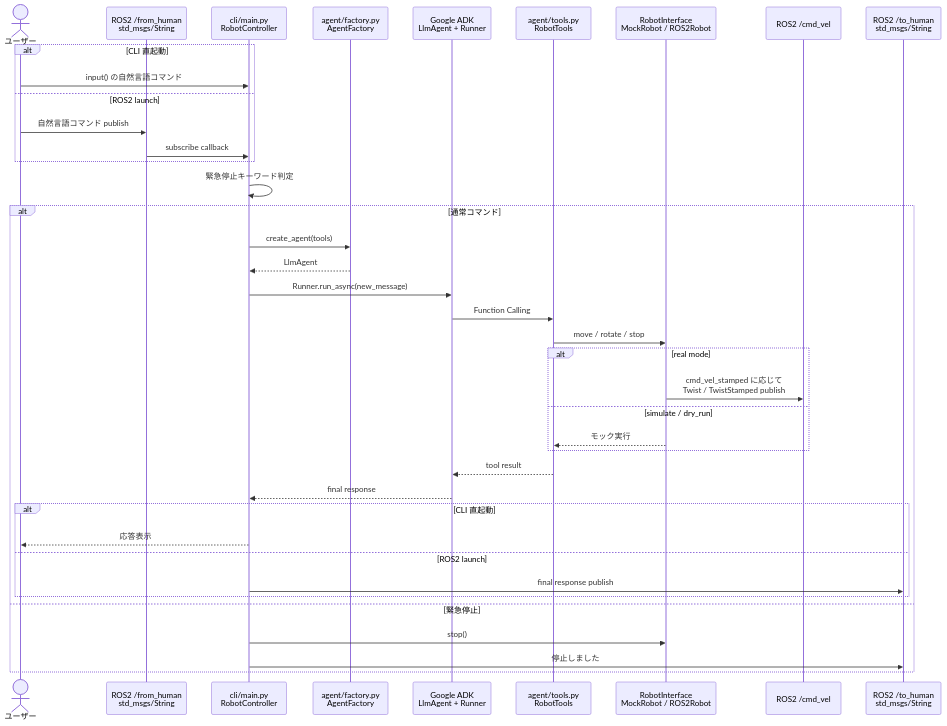
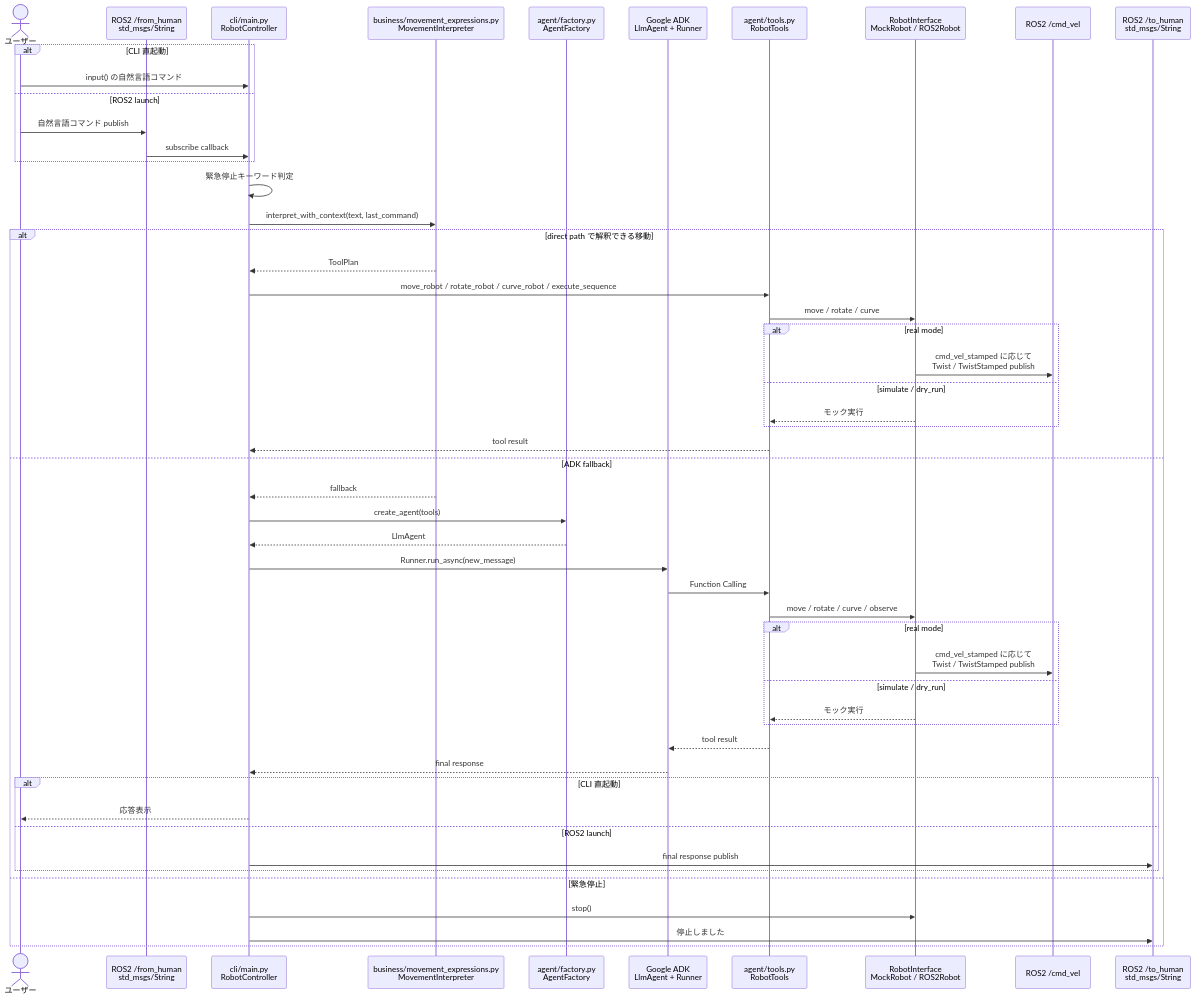
Before and after one commit to sato-susumu/susumu_agent: the first of 6 diagrams in docs/ADK.md, drawn with Mermaid. The commit also changed other lines of this file and 13 other files, not shown here.

Commit message:
Add direct movement expression interpreter

````diff
--- a/docs/ADK.md
+++ b/docs/ADK.md
@@ -23,42 +27,55 @@
 ```mermaid
 sequenceDiagram
     actor User as ユーザー
     participant TopicIn as ROS2 /from_human<br/>std_msgs/String
     participant CLI as cli/main.py<br/>RobotController
+    participant Interpreter as business/movement_expressions.py<br/>MovementInterpreter
     participant Factory as agent/factory.py<br/>AgentFactory
     participant ADK as Google ADK<br/>LlmAgent + Runner
     participant Tools as agent/tools.py<br/>RobotTools
     participant Robot as RobotInterface<br/>MockRobot / ROS2Robot
     participant ROS as ROS2 /cmd_vel
     participant TopicOut as ROS2 /to_human<br/>std_msgs/String
 
     alt CLI 直起動
         User->>CLI: input() の自然言語コマンド
     else ROS2 launch
         User->>TopicIn: 自然言語コマンド publish
         TopicIn->>CLI: subscribe callback
     end
     CLI->>CLI: 緊急停止キーワード判定
-    alt 通常コマンド
+    CLI->>Interpreter: interpret_with_context(text, last_command)
+    alt direct path で解釈できる移動
+        Interpreter-->>CLI: ToolPlan
+        CLI->>Tools: move_robot / rotate_robot / curve_robot / execute_sequence
+        Tools->>Robot: move / rotate / curve
+        alt real mode
+            Robot->>ROS: cmd_vel_stamped に応じて<br/>Twist / TwistStamped publish
+        else simulate / dry_run
+            Robot-->>Tools: モック実行
+        end
+        Tools-->>CLI: tool result
+    else ADK fallback
+        Interpreter-->>CLI: fallback
         CLI->>Factory: create_agent(tools)
         Factory-->>CLI: LlmAgent
         CLI->>ADK: Runner.run_async(new_message)
         ADK->>Tools: Function Calling
-        Tools->>Robot: move / rotate / stop
+        Tools->>Robot: move / rotate / curve / observe
         alt real mode
             Robot->>ROS: cmd_vel_stamped に応じて<br/>Twist / TwistStamped publish
         else simulate / dry_run
             Robot-->>Tools: モック実行
         end
         Tools-->>ADK: tool result
         ADK-->>CLI: final response
         alt CLI 直起動
             CLI-->>User: 応答表示
         else ROS2 launch
             CLI->>TopicOut: final response publish
         end
     else 緊急停止
         CLI->>Robot: stop()
         CLI->>TopicOut: 停止しました
     end
 ```
````
